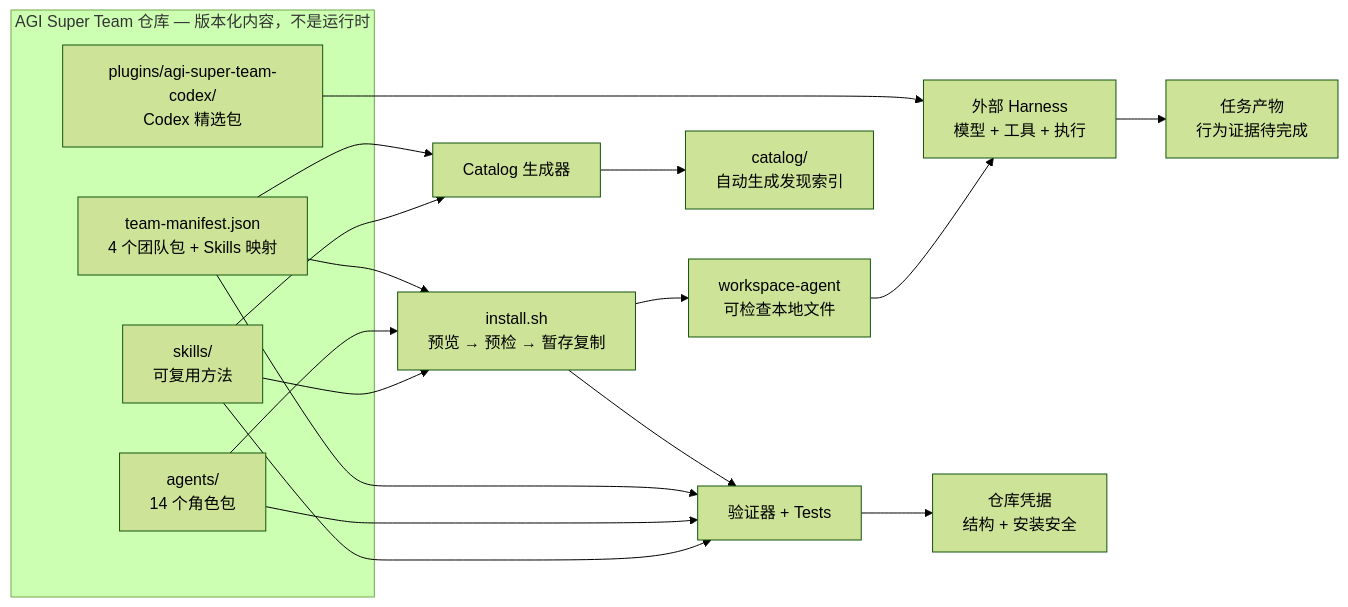
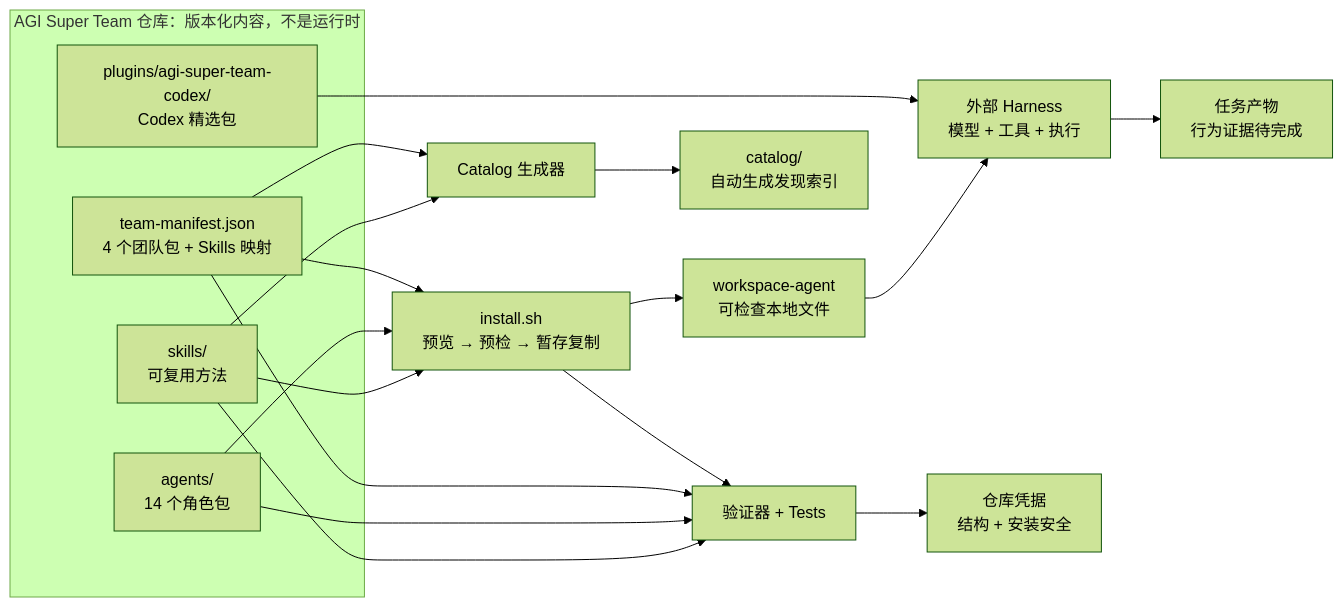
Before and after one commit to aAAaqwq/AGI-Super-Skills: the second of 2 diagrams in README_CN.md, drawn with Mermaid (forest theme). The commit also changed other lines of this file and 44 other files, not shown here.

Commit message:
refactor(repo): deepen skill quality and public architecture

````diff
--- a/README_CN.md
+++ b/README_CN.md
@@ -169,27 +174,27 @@
 ```mermaid
 flowchart LR
-  subgraph R["AGI Super Team 仓库 — 版本化内容，不是运行时"]
+  subgraph R["AGI Super Team 仓库：版本化内容，不是运行时"]
     S["skills/<br/>可复用方法"]
     A["agents/<br/>14 个角色包"]
     M["team-manifest.json<br/>4 个团队包 + Skills 映射"]
     C["plugins/agi-super-team-codex/<br/>Codex 精选包"]
   end
 
   S --> I["install.sh<br/>预览 → 预检 → 暂存复制"]
   A --> I
   M --> I
   I --> W["workspace-agent<br/>可检查本地文件"]
   W --> H["外部 Harness<br/>模型 + 工具 + 执行"]
   C --> H
   H --> O["任务产物<br/>行为证据待完成"]
 
   S --> G["Catalog 生成器"]
   M --> G
   G --> K["catalog/<br/>自动生成发现索引"]
 
   S --> V["验证器 + Tests"]
   A --> V
   M --> V
   I --> V
   V --> E["仓库凭据<br/>结构 + 安装安全"]
 ```
````
